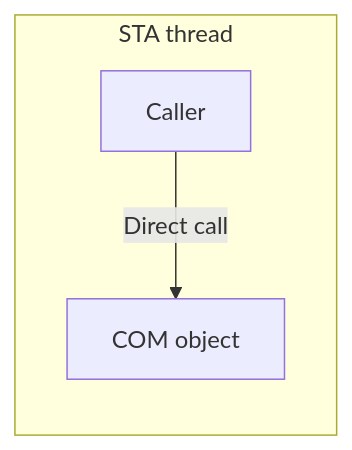
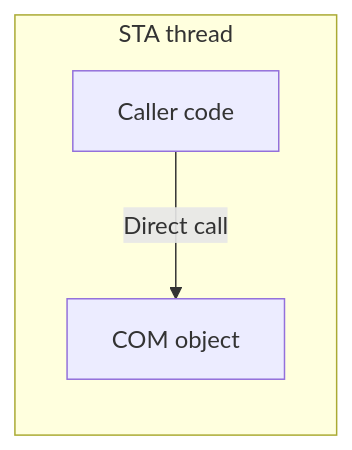
Before and after one commit to gomurin0428/KomuraSoftWeb: the first of 5 diagrams in _posts/2026-01-31-000-sta-mta-com-relationship-en.md, drawn with Mermaid. The commit also changed other lines of this file and 3 other files, not shown here.

```diff
--- a/_posts/2026-01-31-000-sta-mta-com-relationship-en.md
+++ b/_posts/2026-01-31-000-sta-mta-com-relationship-en.md
@@ -50,8 +67,8 @@
 <pre class="mermaid">
 flowchart LR
-    subgraph STA["STA thread"]
-        Caller["Caller"]
-        Obj["COM object"]
+    subgraph STA[STA thread]
+        Caller[Caller code]
+        Obj[COM object]
         Caller -->|Direct call| Obj
     end
 </pre>
```
